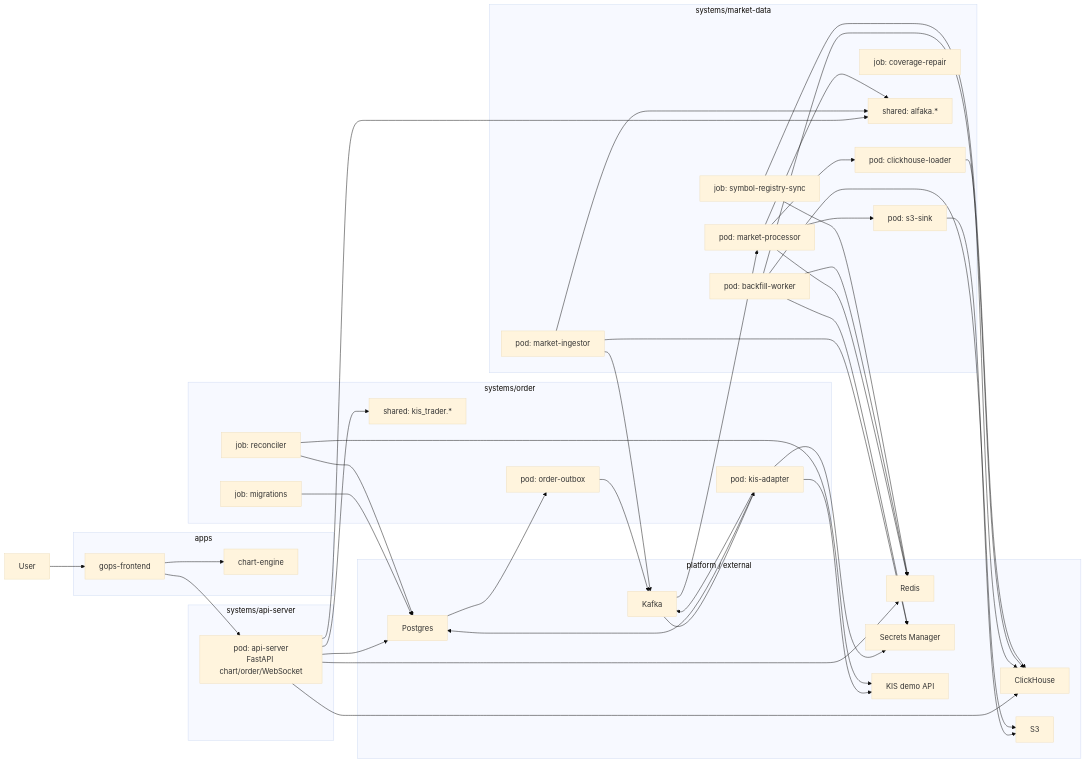
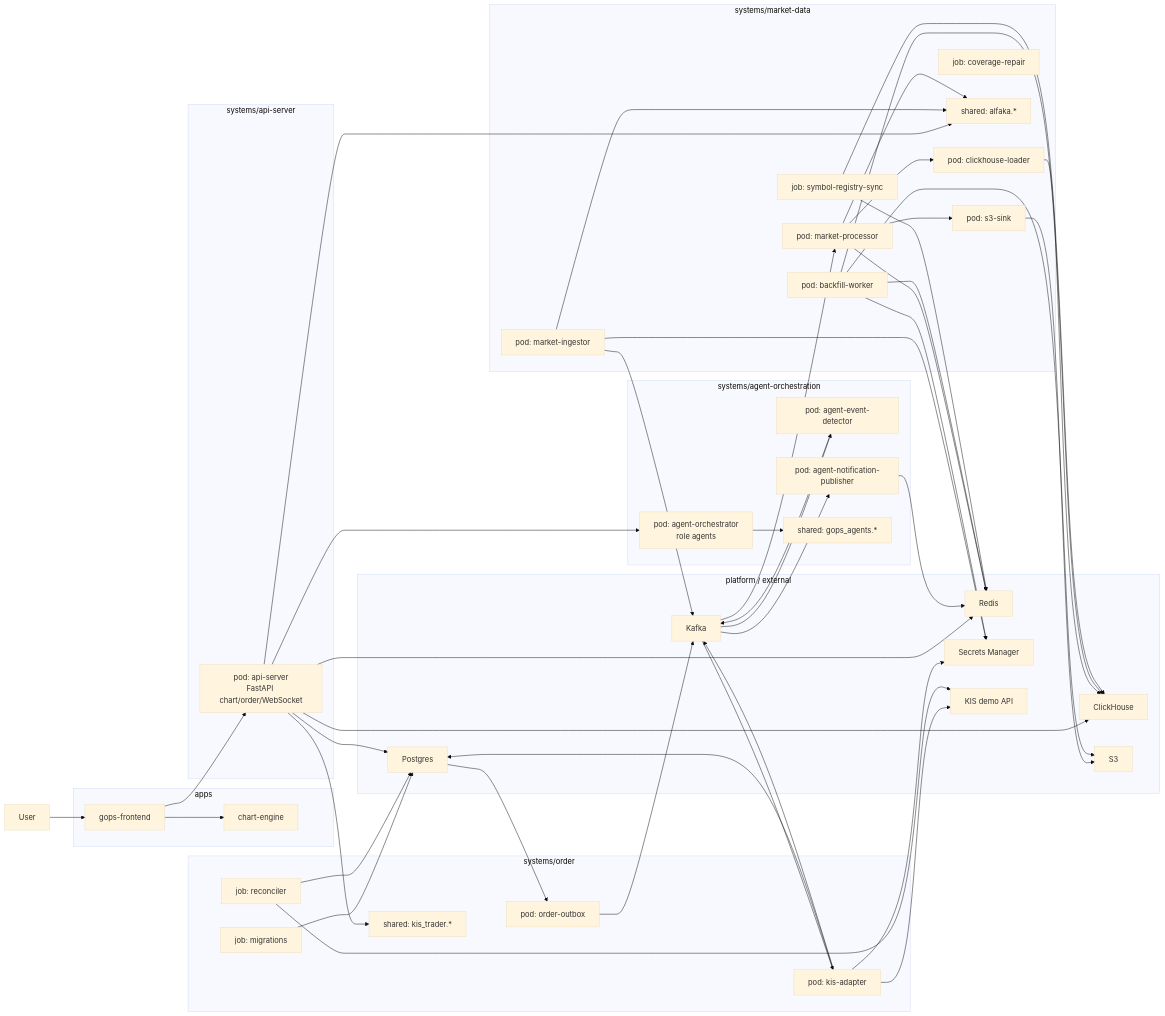
One commit to seunglee10/GOPS-BE changed the diagram in docs/ARCHITECTURE.md. Above: the diagram before and after it, drawn with Mermaid (base theme). The commit also changed other lines of this file and 38 other files, not shown here.

Commit message:
feat: add agent orchestration v1

```diff
--- a/docs/ARCHITECTURE.md
+++ b/docs/ARCHITECTURE.md
@@ -49,6 +50,13 @@
 
   subgraph Api["systems/api-server"]
     ApiServer["pod: api-server<br/>FastAPI chart/order/WebSocket"]
+  end
+
+  subgraph Agents["systems/agent-orchestration"]
+    AgentOrch["pod: agent-orchestrator<br/>role agents"]
+    EventDetector["pod: agent-event-detector"]
+    AlertPublisher["pod: agent-notification-publisher"]
+    AgentShared["shared: gops_agents.*"]
   end
 
   subgraph Market["systems/market-data"]
@@ -87,6 +95,7 @@
   ApiServer --> Redis
   ApiServer --> ClickHouse
   ApiServer --> Postgres
+  ApiServer --> AgentOrch
   ApiServer --> MarketShared
   ApiServer --> OrderShared
 
@@ -94,10 +103,15 @@
   Ingestor --> Secrets
   Ingestor --> MarketShared
   Kafka --> Processor
+  Kafka --> EventDetector
   Processor --> Redis
   Processor --> S3Sink
   Processor --> CHLoader
   Processor --> MarketShared
+  EventDetector --> Kafka
+  AgentOrch --> AgentShared
+  Kafka --> AlertPublisher
+  AlertPublisher --> Redis
   S3Sink --> S3
   CHLoader --> ClickHouse
   Backfill --> Redis
```
